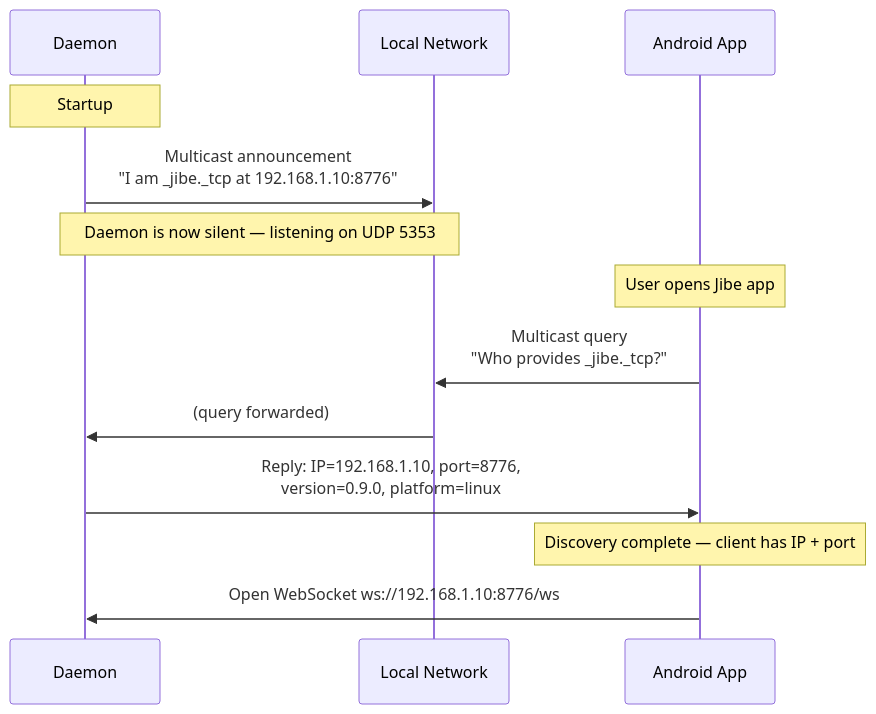
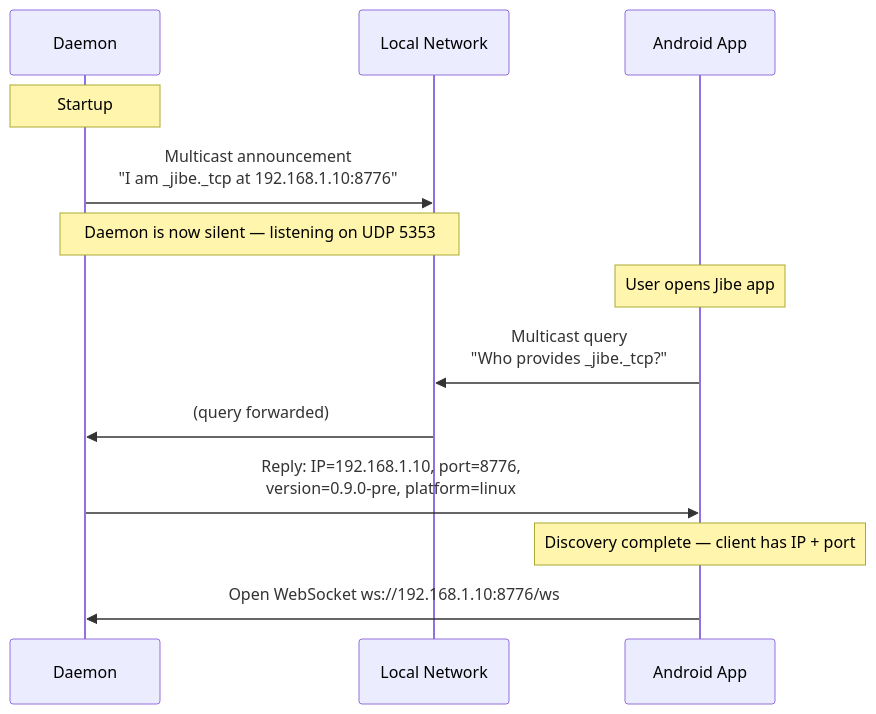
The first of 3 diagrams in docs/flows.md (gobbledyglomp/jibe), drawn with Mermaid before and after one commit. The commit also changed 4 other files, not shown here.

Commit message:
chore(version): bump to 0.9.0-pre

````diff
--- a/docs/flows.md
+++ b/docs/flows.md
@@ -7,19 +7,19 @@
 ```mermaid
 sequenceDiagram
     participant Daemon
     participant LAN as Local Network
     participant Client as Android App
 
     Note over Daemon: Startup
     Daemon->>LAN: Multicast announcement<br/>"I am _jibe._tcp at 192.168.1.10:8776"
 
     Note over Daemon,LAN: Daemon is now silent — listening on UDP 5353
 
     Note over Client: User opens Jibe app
     Client->>LAN: Multicast query<br/>"Who provides _jibe._tcp?"
     LAN->>Daemon: (query forwarded)
-    Daemon->>Client: Reply: IP=192.168.1.10, port=8776,<br/>version=0.9.0, platform=linux
+    Daemon->>Client: Reply: IP=192.168.1.10, port=8776,<br/>version=0.9.0-pre, platform=linux
 
     Note over Client: Discovery complete — client has IP + port
     Client->>Daemon: Open WebSocket ws://192.168.1.10:8776/ws
 ```
````
